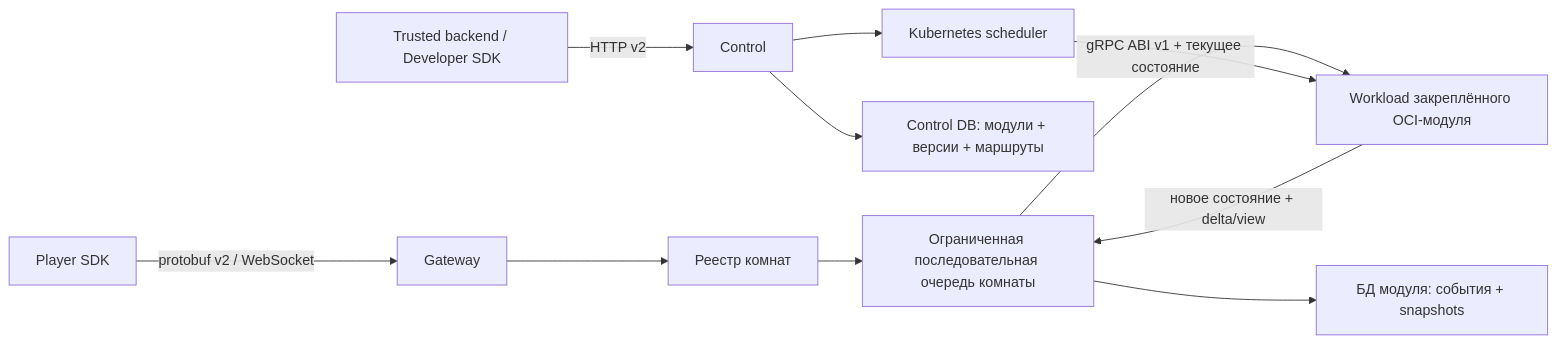
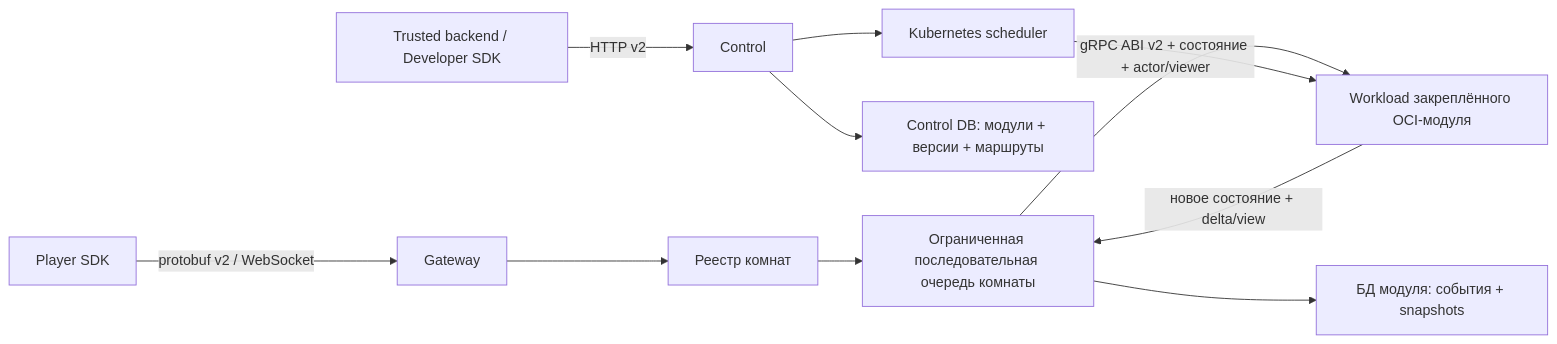
The diagram in docs/ru/architecture.md (Ruleshift/server), drawn with Mermaid before and after one commit. The commit also changed other lines of this file and 58 other files, not shown here.

````diff
--- a/docs/ru/architecture.md
+++ b/docs/ru/architecture.md
@@ -6,13 +6,13 @@
 ```mermaid
 flowchart LR
     Player["Player SDK"] -->|"protobuf v2 / WebSocket"| Gateway
     Backend["Trusted backend / Developer SDK"] -->|"HTTP v2"| Control
     Gateway --> Registry["Реестр комнат"]
     Registry --> Queue["Ограниченная последовательная очередь комнаты"]
-    Queue -->|"gRPC ABI v1 + текущее состояние"| Module["Workload закреплённого OCI-модуля"]
+    Queue -->|"gRPC ABI v2 + состояние + actor/viewer"| Module["Workload закреплённого OCI-модуля"]
     Module -->|"новое состояние + delta/view"| Queue
     Queue --> Store["БД модуля: события + snapshots"]
     Control --> ControlDB["Control DB: модули + версии + маршруты"]
     Control --> Scheduler["Kubernetes scheduler"]
     Scheduler --> Module
 ```
````
